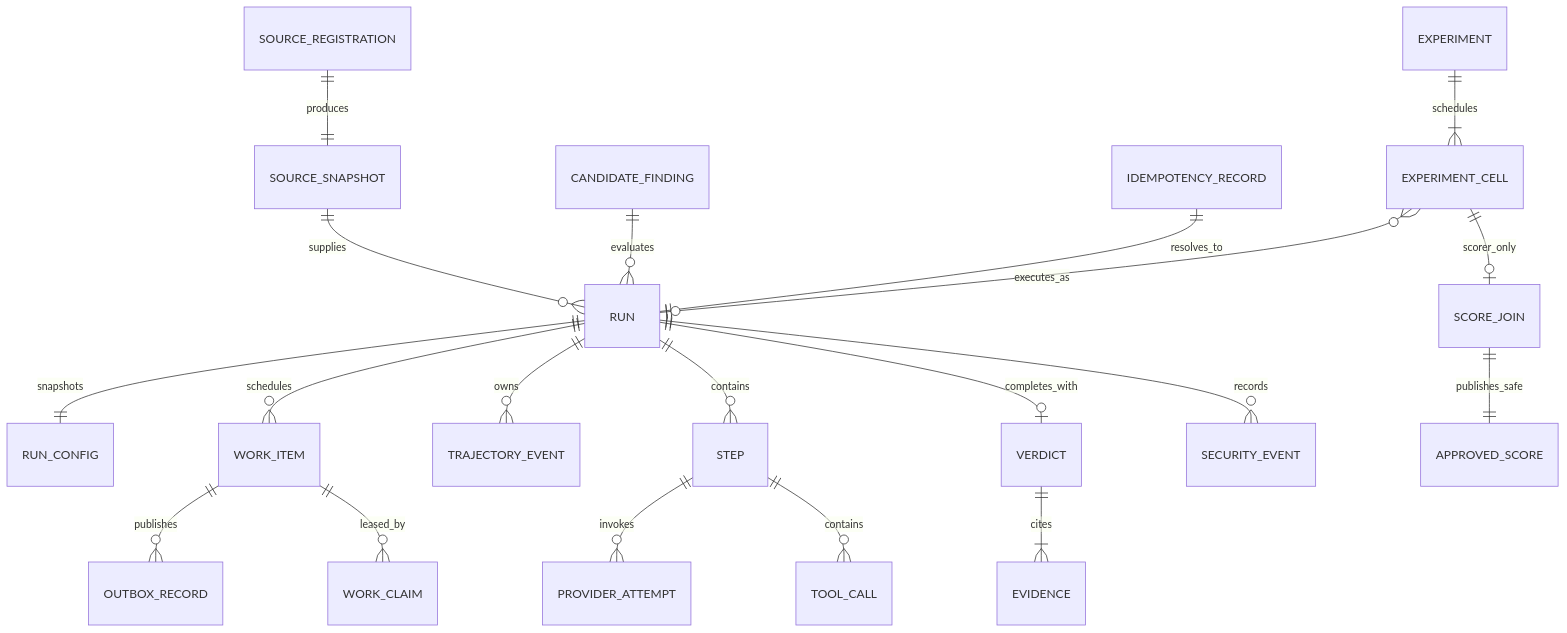
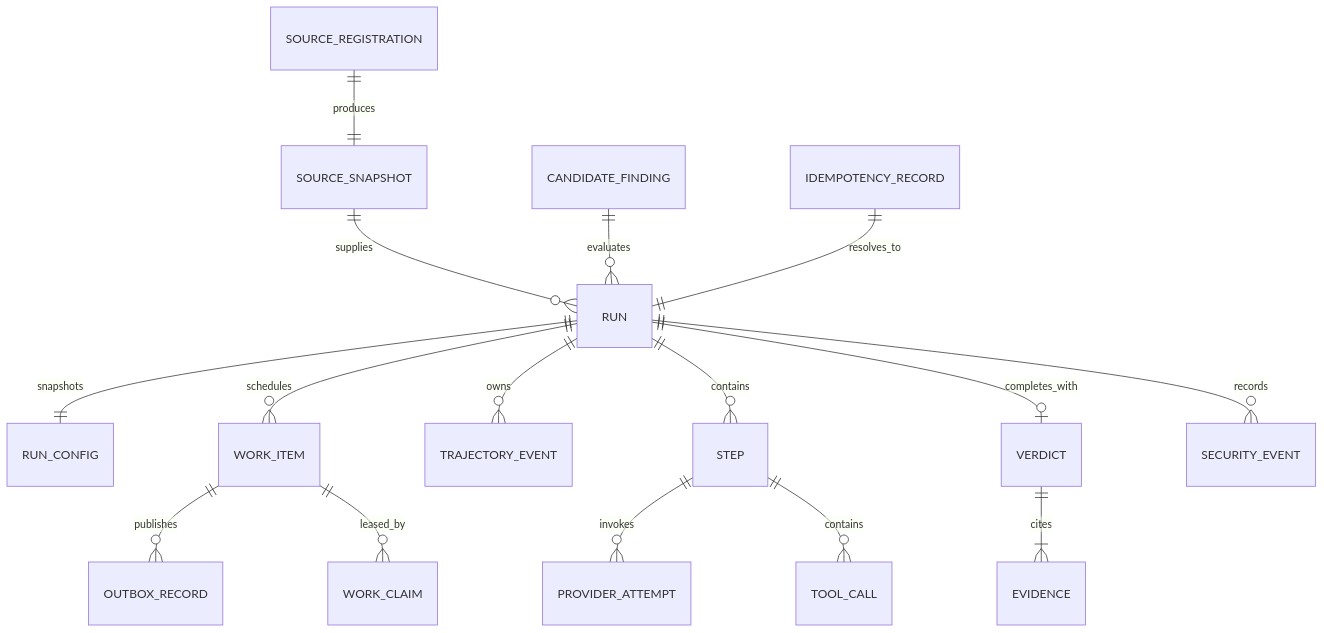
One commit to DATN-K23/harness changed the fourth of 4 diagrams in blueprint/architecture/system-overview.md. Above: the diagram before and after it, drawn with Mermaid. The commit also changed other lines of this file and 7 other files, not shown here.

Commit message:
docs(blueprint): update blueprint files to reflect new monorepo architecture

````diff
--- a/blueprint/architecture/system-overview.md
+++ b/blueprint/architecture/system-overview.md
@@ -230,22 +197,18 @@
 ```mermaid
 erDiagram
   SOURCE_REGISTRATION ||--|| SOURCE_SNAPSHOT : produces
   SOURCE_SNAPSHOT ||--o{ RUN : supplies
   CANDIDATE_FINDING ||--o{ RUN : evaluates
   RUN ||--|| RUN_CONFIG : snapshots
   RUN ||--o{ WORK_ITEM : schedules
   WORK_ITEM ||--o{ OUTBOX_RECORD : publishes
   WORK_ITEM ||--o{ WORK_CLAIM : leased_by
   RUN ||--o{ TRAJECTORY_EVENT : owns
   RUN ||--o{ STEP : contains
   STEP ||--o{ PROVIDER_ATTEMPT : invokes
   STEP ||--o{ TOOL_CALL : contains
   RUN ||--o| VERDICT : completes_with
   VERDICT ||--|{ EVIDENCE : cites
   RUN ||--o{ SECURITY_EVENT : records
   IDEMPOTENCY_RECORD ||--|| RUN : resolves_to
-  EXPERIMENT ||--|{ EXPERIMENT_CELL : schedules
-  EXPERIMENT_CELL }o--o| RUN : executes_as
-  EXPERIMENT_CELL ||--o| SCORE_JOIN : scorer_only
-  SCORE_JOIN ||--|| APPROVED_SCORE : publishes_safe
 ```
````
